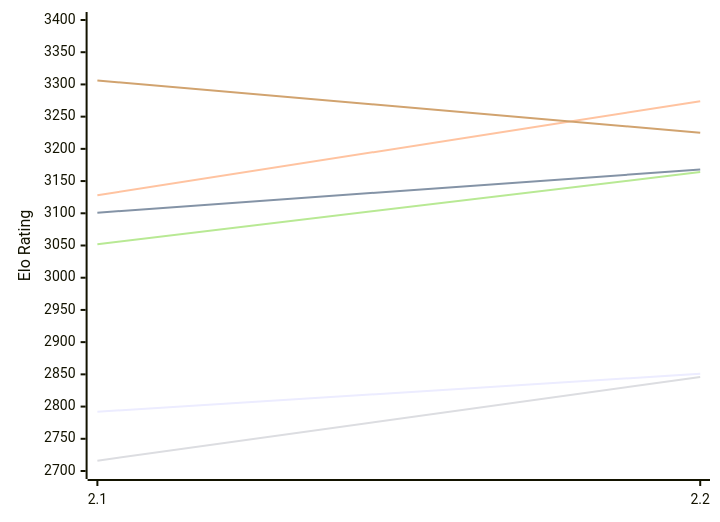
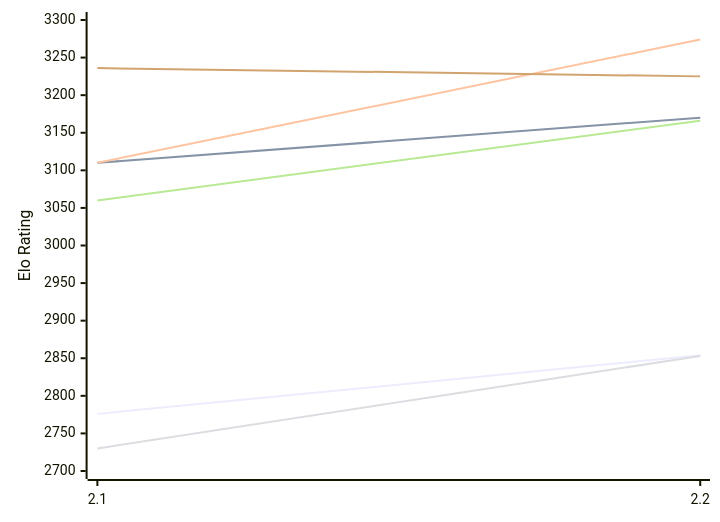
Before and after one commit to computer-chess-index/cci: the first of 2 diagrams in engines/Tunguska.md, drawn with Mermaid. The commit also changed other lines of this file, not shown here.

Commit message:
Update CCI Ratings (ELO VLTC) - 2026-11-17

````diff
--- a/engines/Tunguska.md
+++ b/engines/Tunguska.md
@@ -51,12 +51,12 @@
 ```mermaid
 %%{init: {"theme":"base","themeVariables":{"seriesColors:['#a3a3a3','#222221','#faa371']}}}%%
 xychart-beta
   x-axis ["2.1", "2.2"]
-  y-axis "Elo Rating" 2700 --> 3400
-  line "E1: STC (8.0+0.08s)" [2792, 2851]
-  line "E1: LTC (60.0+0.60s)" [3101, 3168]
-  line "E1: VLTC (2m24s+1.12s)" [3128, 3274]
-  line "P1: STC (8.0+0.08s)" [2716, 2846]
-  line "P1: LTC (60.0+0.60s)" [3052, 3164]
-  line "P1: VLTC (2m24s+1.12s)" [3306, 3225]
+  y-axis "Elo Rating" 2700 --> 3300
+  line "E1: STC (8.0+0.08s)" [2776, 2854]
+  line "E1: LTC (60.0+0.60s)" [3110, 3170]
+  line "E1: VLTC (2m24s+1.12s)" [3110, 3274]
+  line "P1: STC (8.0+0.08s)" [2730, 2853]
+  line "P1: LTC (60.0+0.60s)" [3060, 3166]
+  line "P1: VLTC (2m24s+1.12s)" [3236, 3225]
 ```
````
